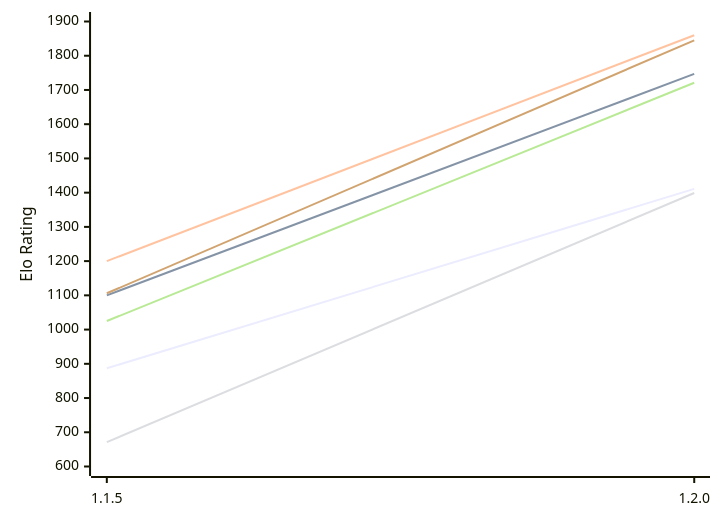
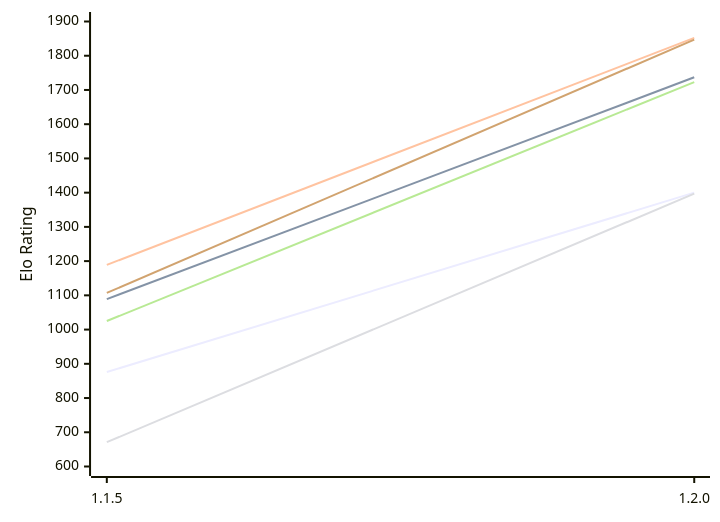
Before and after one commit to computer-chess-index/cci: the first of 2 diagrams in engines/ChessCore.md, drawn with Mermaid. The commit also changed other lines of this file, not shown here.

Commit message:
Update CCI Ratings (ELO VLTC) - 2026-11-18

````diff
--- a/engines/ChessCore.md
+++ b/engines/ChessCore.md
@@ -53,12 +53,12 @@
 ```mermaid
 %%{init: {"theme":"base","themeVariables":{"seriesColors:['#a3a3a3','#222221','#faa371']}}}%%
 xychart-beta
   x-axis ["1.1.5", "1.2.0"]
   y-axis "Elo Rating" 600 --> 1900
-  line "E1: STC (8.0+0.08s)" [887, 1411]
-  line "E1: LTC (60.0+0.60s)" [1100, 1747]
-  line "E1: VLTC (2m24s+1.12s)" [1200, 1860]
-  line "P1: STC (8.0+0.08s)" [671, 1399]
-  line "P1: LTC (60.0+0.60s)" [1025, 1721]
-  line "P1: VLTC (2m24s+1.12s)" [1106, 1845]
+  line "E1: STC (8.0+0.08s)" [876, 1400]
+  line "E1: LTC (60.0+0.60s)" [1089, 1737]
+  line "E1: VLTC (2m24s+1.12s)" [1189, 1852]
+  line "P1: STC (8.0+0.08s)" [671, 1397]
+  line "P1: LTC (60.0+0.60s)" [1025, 1723]
+  line "P1: VLTC (2m24s+1.12s)" [1107, 1847]
 ```
````
